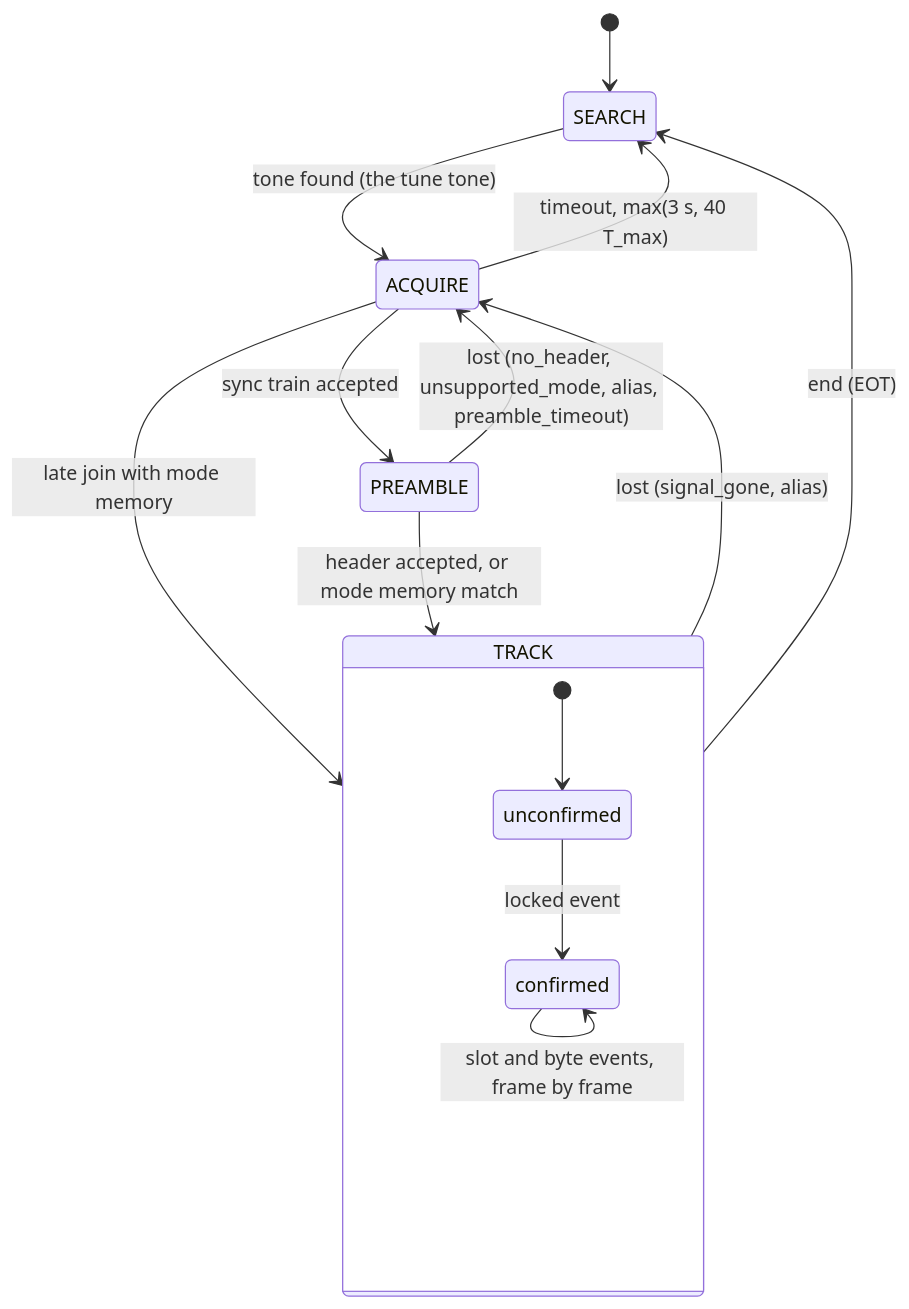
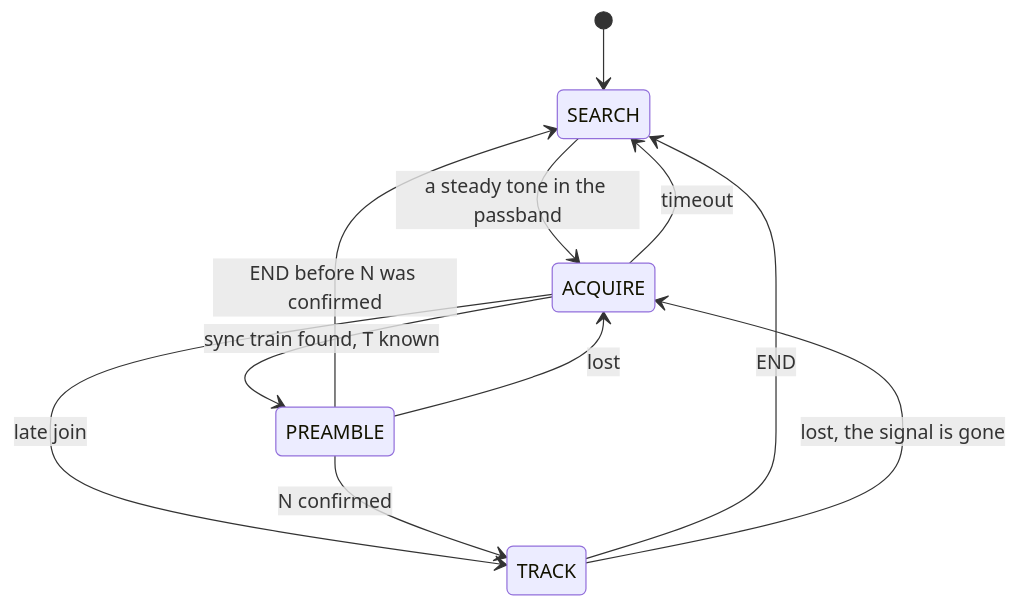
The second of 4 diagrams in README.md (solariun/unlimited), drawn with Mermaid before and after one commit. The commit also changed other lines of this file and 58 other files, not shown here.

````diff
--- a/README.md
+++ b/README.md
@@ -515,17 +630,13 @@
 ```mermaid
 stateDiagram-v2
     [*] --> SEARCH
-    SEARCH --> ACQUIRE: tone found (the tune tone)
-    ACQUIRE --> SEARCH: timeout, max(3 s, 40 T_max)
-    ACQUIRE --> PREAMBLE: sync train accepted
-    ACQUIRE --> TRACK: late join with mode memory
-    PREAMBLE --> TRACK: header accepted, or mode memory match
-    PREAMBLE --> ACQUIRE: lost (no_header, unsupported_mode, alias, preamble_timeout)
-    TRACK --> ACQUIRE: lost (signal_gone, alias)
-    TRACK --> SEARCH: end (EOT)
-    state TRACK {
-        [*] --> unconfirmed
-        unconfirmed --> confirmed: locked event
-        confirmed --> confirmed: slot and byte events, frame by frame
-    }
+    SEARCH --> ACQUIRE: a steady tone in the passband
+    ACQUIRE --> SEARCH: timeout
+    ACQUIRE --> PREAMBLE: sync train found, T known
+    ACQUIRE --> TRACK: late join
+    PREAMBLE --> TRACK: N confirmed
+    PREAMBLE --> SEARCH: END before N was confirmed
+    PREAMBLE --> ACQUIRE: lost
+    TRACK --> SEARCH: END
+    TRACK --> ACQUIRE: lost, the signal is gone
 ```
````
